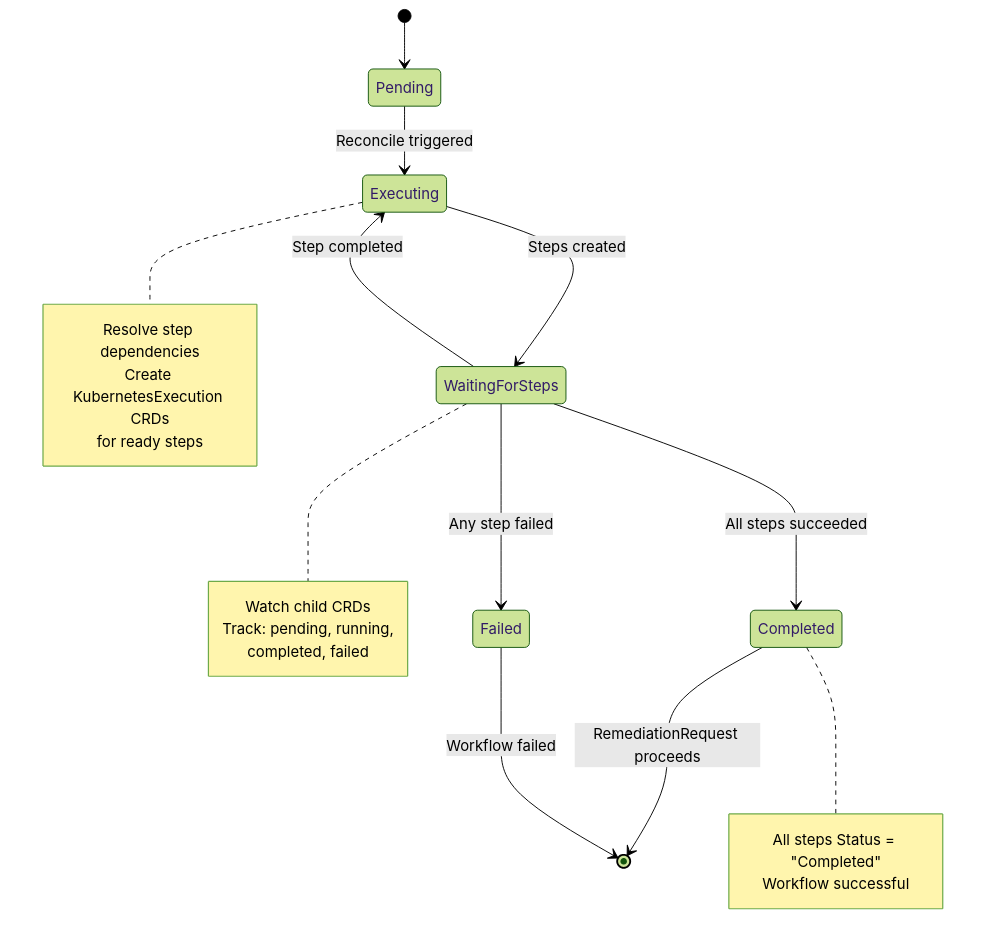
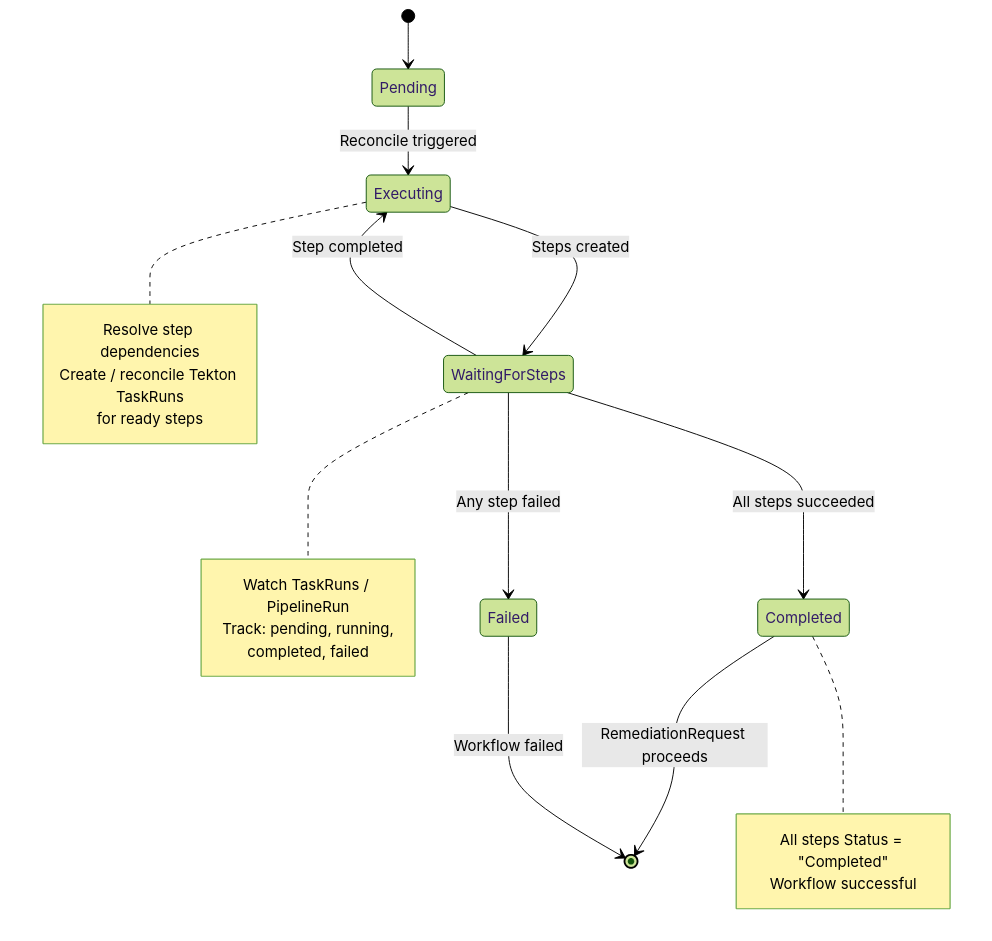
One commit to jordigilh/kubernaut changed the ninth of 13 diagrams in docs/architecture/references/visual-diagrams-master.md. Above: the diagram before and after it, drawn with Mermaid (forest theme). The commit also changed other lines of this file and 63 other files, not shown here.

````diff
--- a/docs/architecture/references/visual-diagrams-master.md
+++ b/docs/architecture/references/visual-diagrams-master.md
@@ -359,28 +359,28 @@
 ```mermaid
 stateDiagram-v2
     [*] --> Pending
     Pending --> Executing: Reconcile triggered
     Executing --> WaitingForSteps: Steps created
     WaitingForSteps --> Executing: Step completed
     WaitingForSteps --> Completed: All steps succeeded
     WaitingForSteps --> Failed: Any step failed
     Completed --> [*]: RemediationRequest proceeds
     Failed --> [*]: Workflow failed
 
     note right of Executing
         Resolve step dependencies
-        Create KubernetesExecution CRDs
+        Create / reconcile Tekton TaskRuns
         for ready steps
     end note
 
     note right of WaitingForSteps
-        Watch child CRDs
+        Watch TaskRuns / PipelineRun
         Track: pending, running,
         completed, failed
     end note
 
     note right of Completed
         All steps Status = "Completed"
         Workflow successful
     end note
 ```
````
